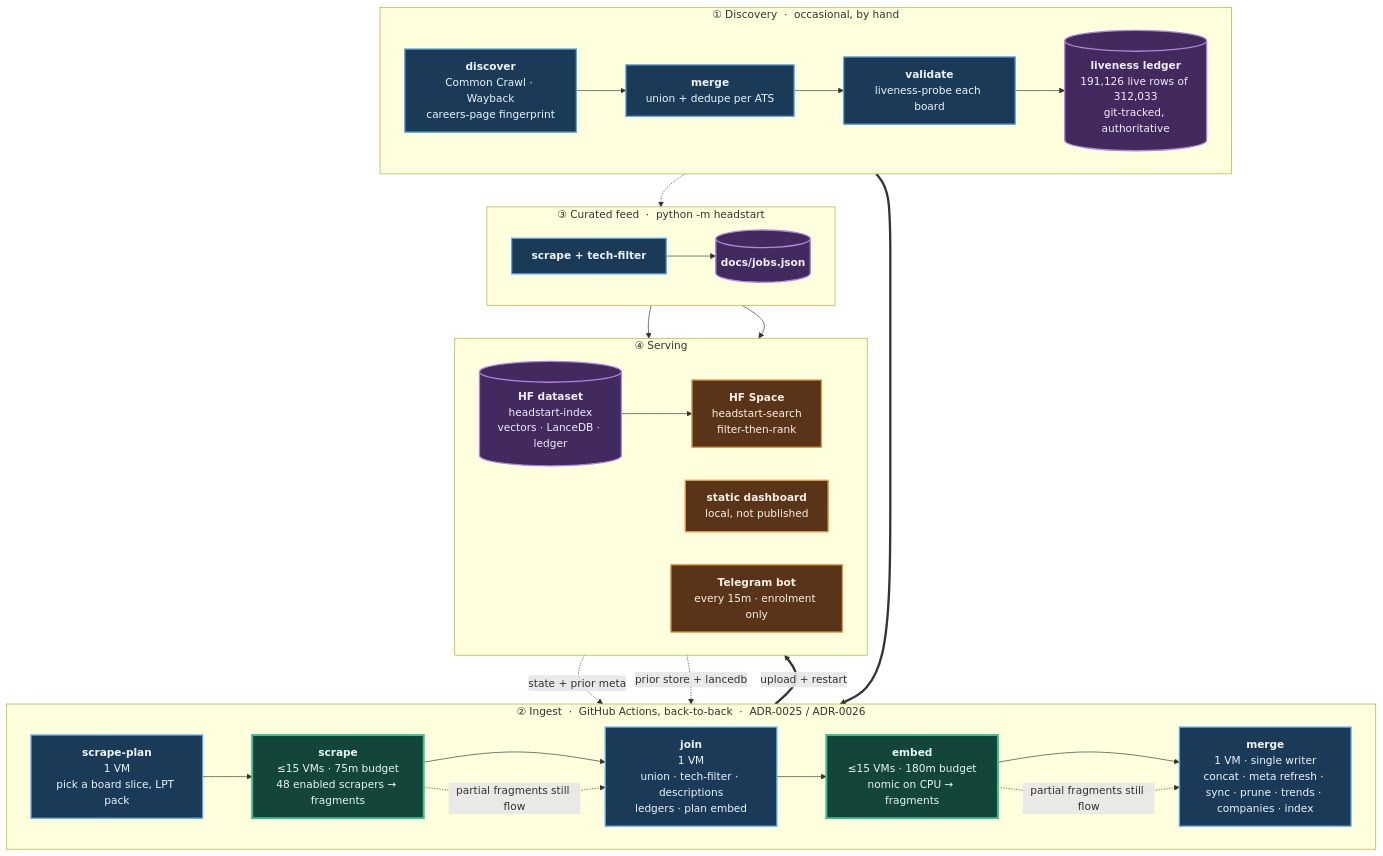
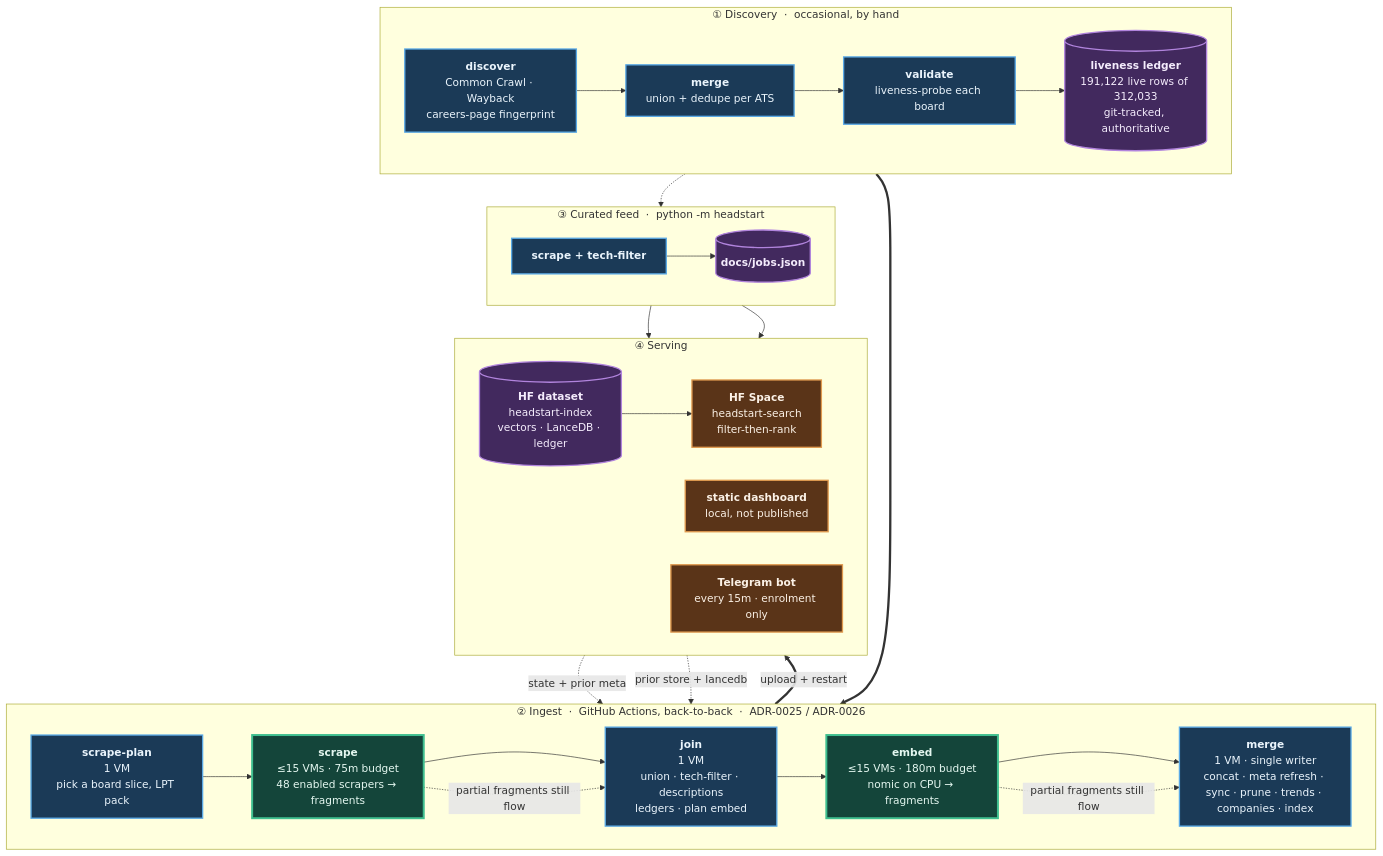
One commit to sarthakjain004/headstart changed the diagram in README.md. Above: the diagram before and after it, drawn with Mermaid. The commit also changed other lines of this file and 13 other files, not shown here.

````diff
--- a/README.md
+++ b/README.md
@@ -183,56 +183,56 @@
 ```mermaid
 flowchart TB
     subgraph D["① Discovery &nbsp;·&nbsp; occasional, by hand"]
         direction LR
         D1["<b>discover</b><br/>Common Crawl · Wayback<br/>careers-page fingerprint"]
         D2["<b>merge</b><br/>union + dedupe per ATS"]
         D3["<b>validate</b><br/>liveness-probe each board"]
-        D4[("<b>liveness ledger</b><br/>191,126 live rows of 312,033<br/>git-tracked, authoritative")]
+        D4[("<b>liveness ledger</b><br/>191,122 live rows of 312,033<br/>git-tracked, authoritative")]
         D1 --> D2 --> D3 --> D4
     end
 
     subgraph P["② Ingest &nbsp;·&nbsp; GitHub Actions, back-to-back &nbsp;·&nbsp; ADR-0025 / ADR-0026"]
         direction LR
         P1["<b>scrape-plan</b><br/>1 VM<br/>pick a board slice, LPT pack"]
         P2["<b>scrape</b><br/>≤15 VMs · 75m budget<br/>48 enabled scrapers → fragments"]
         P3["<b>join</b><br/>1 VM<br/>union · tech-filter · descriptions<br/>ledgers · plan embed"]
         P4["<b>embed</b><br/>≤15 VMs · 180m budget<br/>nomic on CPU → fragments"]
         P5["<b>merge</b><br/>1 VM · single writer<br/>concat · meta refresh · sync · prune · trends · companies · index"]
         P1 --> P2 --> P3 --> P4 --> P5
     end
 
     subgraph F["③ Curated feed &nbsp;·&nbsp; python -m headstart"]
         direction LR
         F1["<b>scrape + tech-filter</b>"]
         F2[("<b>docs/jobs.json</b>")]
         F1 --> F2
     end
 
     subgraph S["④ Serving"]
         direction LR
         S1[("<b>HF dataset</b><br/>headstart-index<br/>vectors · LanceDB · ledger")]
         S2["<b>HF Space</b><br/>headstart-search<br/>filter-then-rank"]
         S3["<b>static dashboard</b><br/>local, not published"]
         S4["<b>Telegram bot</b><br/>every 15m · enrolment only"]
         S1 --> S2
     end
 
     D4 ==> P1
     S1 -. "state + prior meta" .-> P1
     S1 -. "prior store + lancedb" .-> P5
     D4 -.-> F1
     P5 ==>|"upload + restart"| S1
     F2 --> S3
     F2 --> S4
     P2 -. "partial fragments still flow" .-> P3
     P4 -. "partial fragments still flow" .-> P5
 
     classDef serial fill:#1b3a57,stroke:#5aa9e6,stroke-width:2px,color:#eaf4fc
     classDef fan fill:#14453a,stroke:#3fbf8f,stroke-width:3px,color:#e4f7f0
     classDef store fill:#42295e,stroke:#b184dd,stroke-width:2px,color:#f4ecfc
     classDef serve fill:#5a3418,stroke:#e09a4f,stroke-width:2px,color:#fbf1e6
     class D1,D2,D3,P1,P3,P5,F1 serial
     class P2,P4 fan
     class D4,F2,S1 store
     class S2,S3,S4 serve
 ```
````
